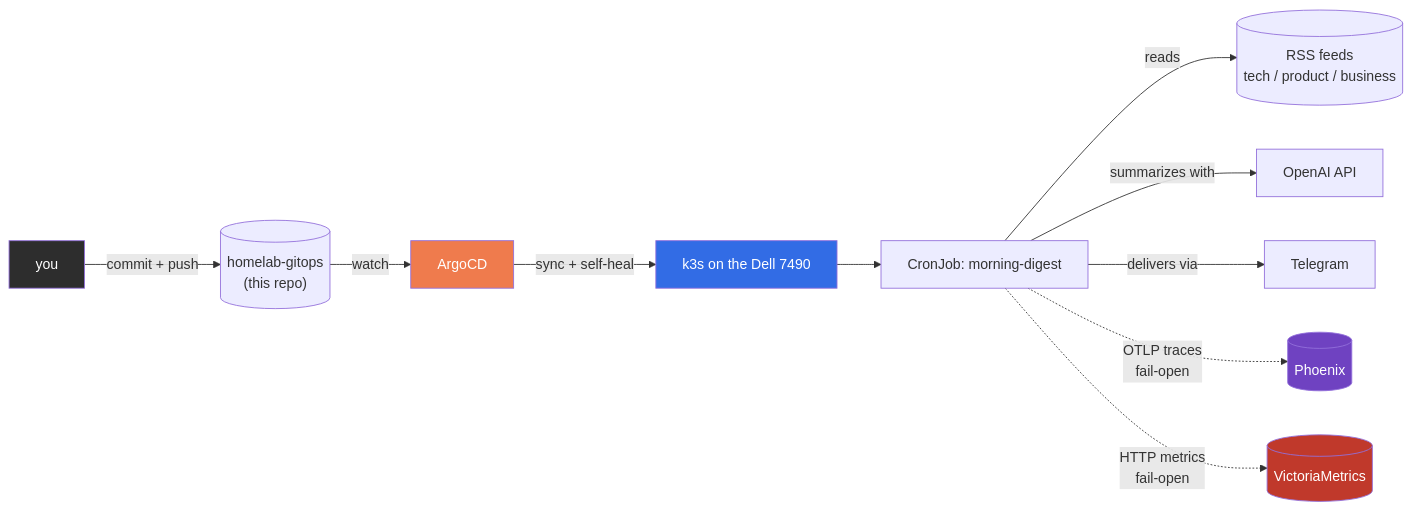
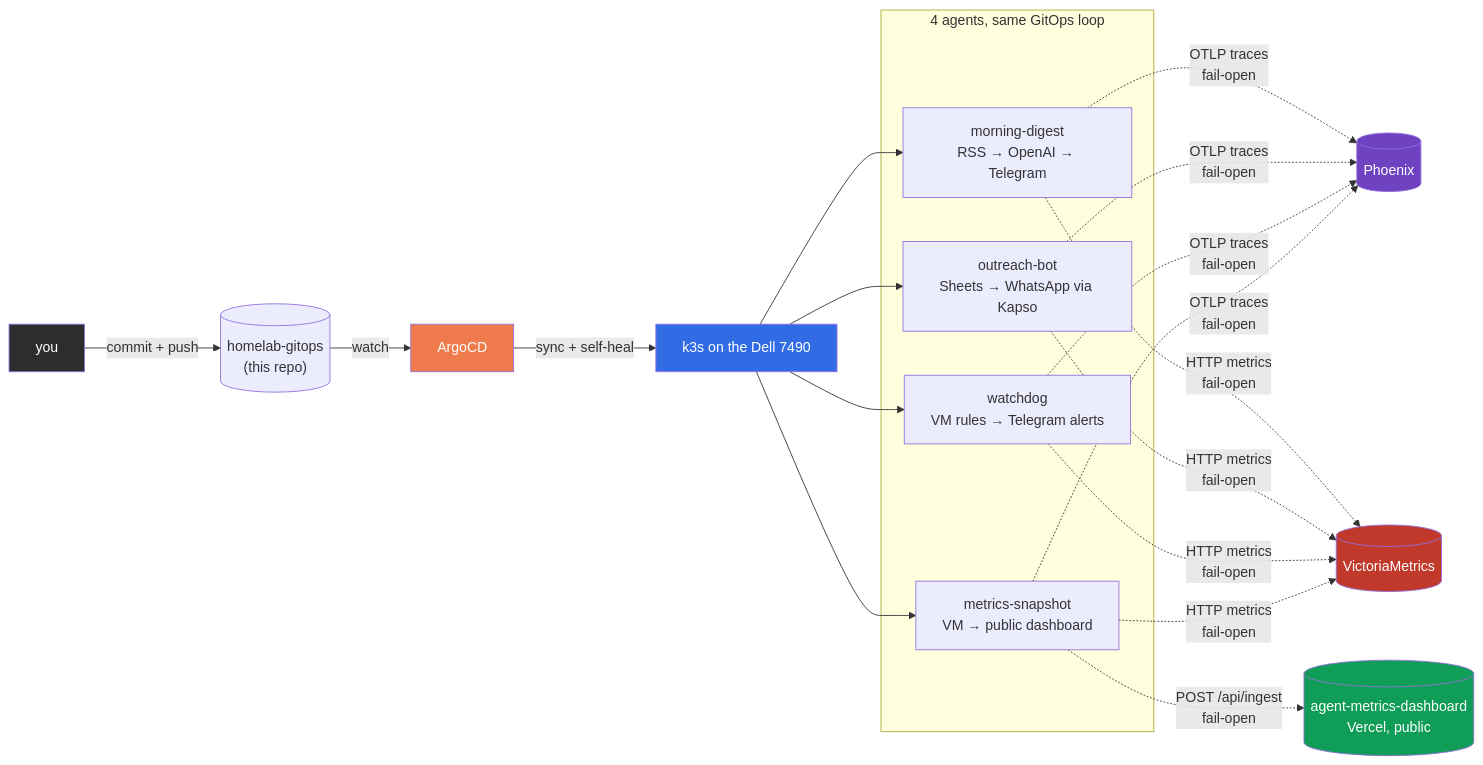
The first of 3 diagrams in README.md (julianalvarez95/homelab-gitops), drawn with Mermaid before and after one commit. The commit also changed other lines of this file, not shown here.

First line of the commit message:
docs: update hero diagram for all 4 agents, add metrics-snapshot flow

````diff
--- a/README.md
+++ b/README.md
@@ -21,18 +21,29 @@
 ```mermaid
 flowchart LR
     Dev["you"] -->|commit + push| Repo[("homelab-gitops\n(this repo)")]
     Repo -->|watch| ArgoCD
     ArgoCD -->|sync + self-heal| K3s["k3s on the Dell 7490"]
-    K3s --> Cron["CronJob: morning-digest"]
-    Cron -->|reads| RSS[("RSS feeds\ntech / product / business")]
-    Cron -->|summarizes with| LLM["OpenAI API"]
-    Cron -->|delivers via| TG["Telegram"]
-    Cron -.->|OTLP traces\nfail-open| Phoenix[("Phoenix")]
-    Cron -.->|HTTP metrics\nfail-open| VM[("VictoriaMetrics")]
+
+    subgraph Agents["4 agents, same GitOps loop"]
+        MD["morning-digest\nRSS → OpenAI → Telegram"]
+        OB["outreach-bot\nSheets → WhatsApp via Kapso"]
+        WD["watchdog\nVM rules → Telegram alerts"]
+        MS["metrics-snapshot\nVM → public dashboard"]
+    end
+
+    K3s --> MD
+    K3s --> OB
+    K3s --> WD
+    K3s --> MS
+
+    MD & OB & WD & MS -.->|OTLP traces\nfail-open| Phoenix[("Phoenix")]
+    MD & OB & WD & MS -.->|HTTP metrics\nfail-open| VM[("VictoriaMetrics")]
+    MS -.->|POST /api/ingest\nfail-open| Dash[("agent-metrics-dashboard\nVercel, public")]
 
     style Dev fill:#2d2d2d,color:#fff
     style ArgoCD fill:#ef7b4d,color:#fff
     style K3s fill:#326ce5,color:#fff
     style Phoenix fill:#6f42c1,color:#fff
     style VM fill:#c0392b,color:#fff
+    style Dash fill:#0f9d58,color:#fff
 ```
````
